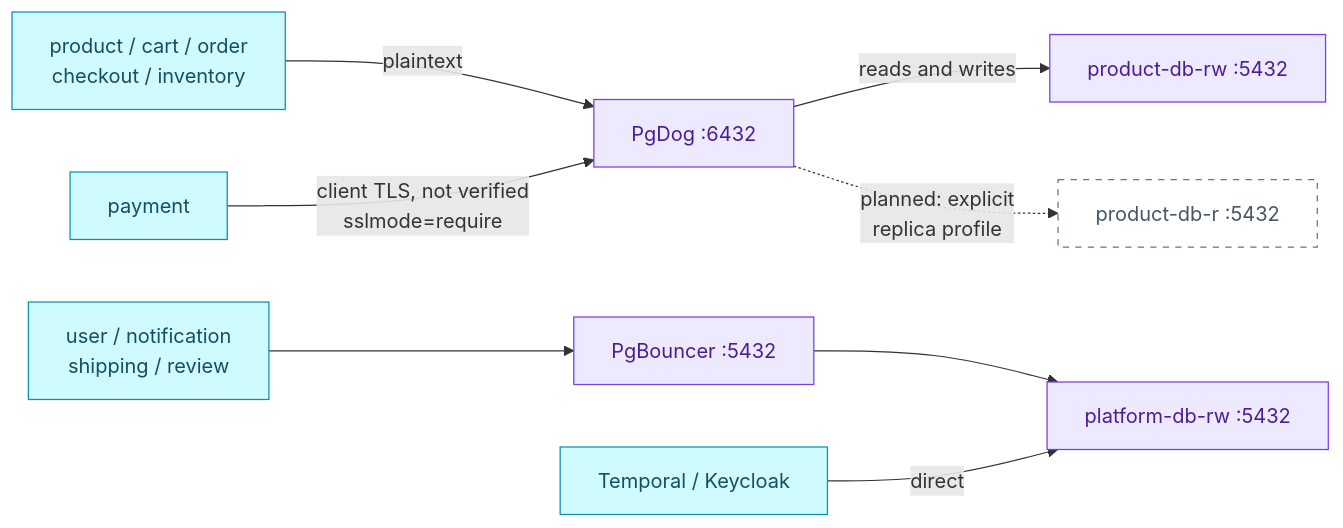
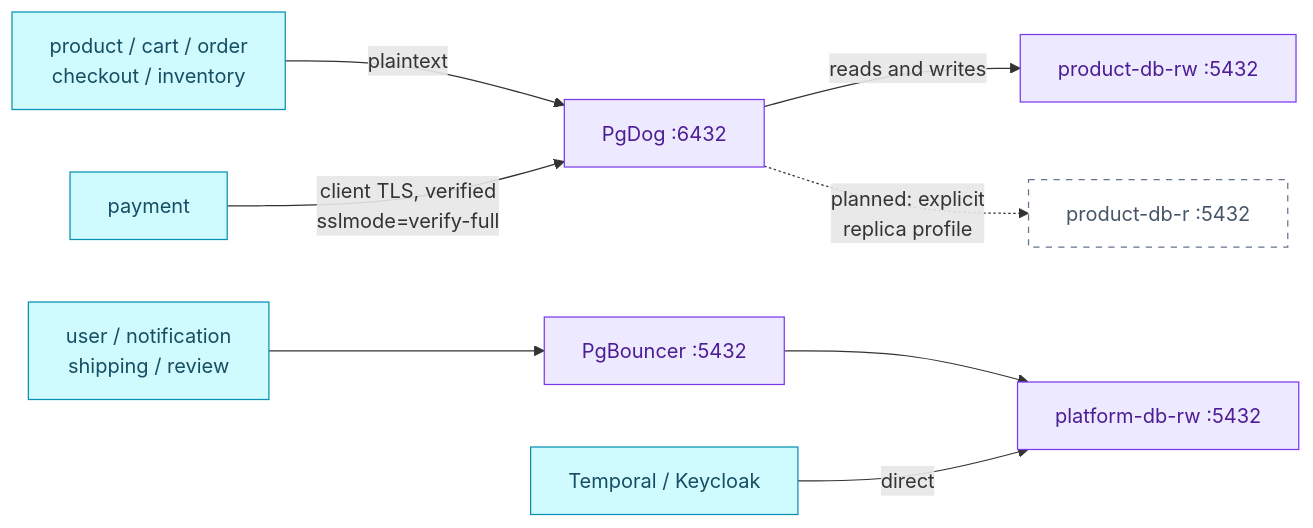
One commit to duynhlab/homelab changed the diagram in docs/databases/poolers.md. Above: the diagram before and after it, drawn with Mermaid. The commit also changed other lines of this file and 11 other files, not shown here.

First line of the commit message:
Verify PgDog from payment with verify-full (#1292)

````diff
--- a/docs/databases/poolers.md
+++ b/docs/databases/poolers.md
@@ -34,18 +34,18 @@
 ```mermaid
 flowchart LR
     ProductClients["product / cart / order<br/>checkout / inventory"] -->|"plaintext"| PgDog["PgDog :6432"]
-    Payment["payment"] -->|"client TLS, not verified<br/>sslmode=require"| PgDog
+    Payment["payment"] -->|"client TLS, verified<br/>sslmode=verify-full"| PgDog
     PgDog -->|"reads and writes"| ProductRW["product-db-rw :5432"]
     PgDog -.->|"planned: explicit<br/>replica profile"| ProductR["product-db-r :5432"]
 
     PlatformClients["user / notification<br/>shipping / review"] --> PgBouncer["PgBouncer :5432"]
     PgBouncer --> PlatformRW["platform-db-rw :5432"]
     Direct["Temporal / Keycloak"] -->|"direct"| PlatformRW
 
     classDef service fill:#cffafe,color:#164e63,stroke:#0891b2;
     classDef platform fill:#ede9fe,color:#4c1d95,stroke:#7c3aed;
     class ProductClients,Payment,PlatformClients,Direct service;
     classDef planned fill:#fff,color:#475569,stroke:#64748b,stroke-dasharray:5 5;
     class PgDog,PgBouncer,ProductRW,PlatformRW platform;
     class ProductR planned;
 ```
````
